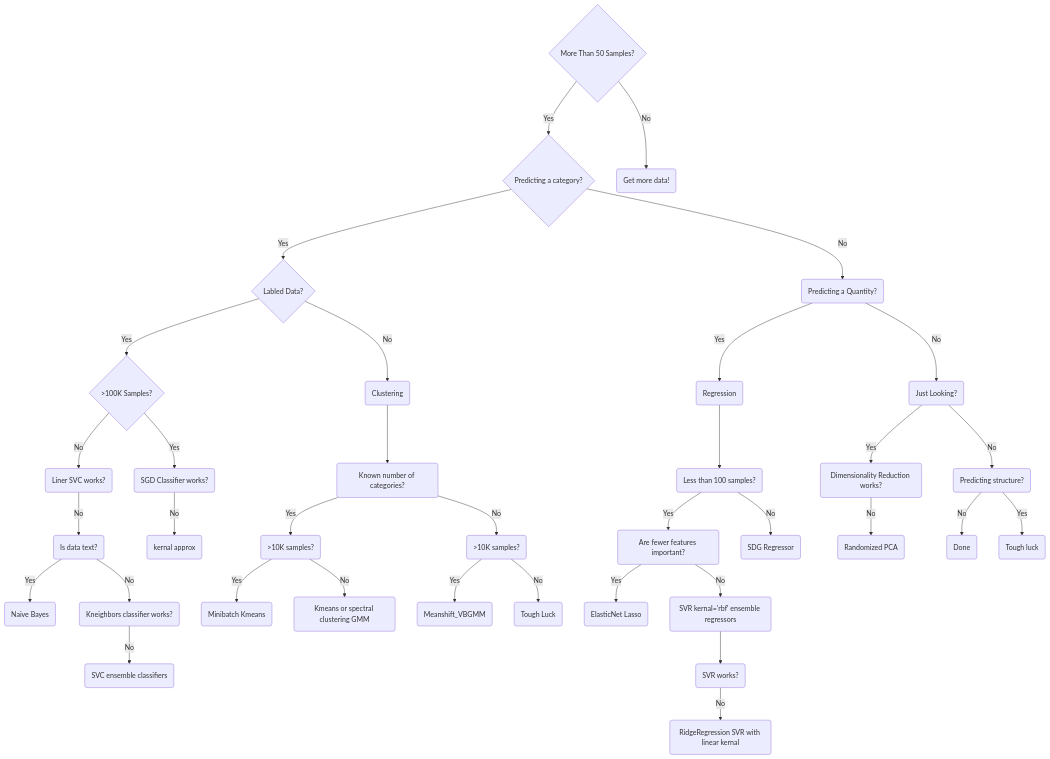
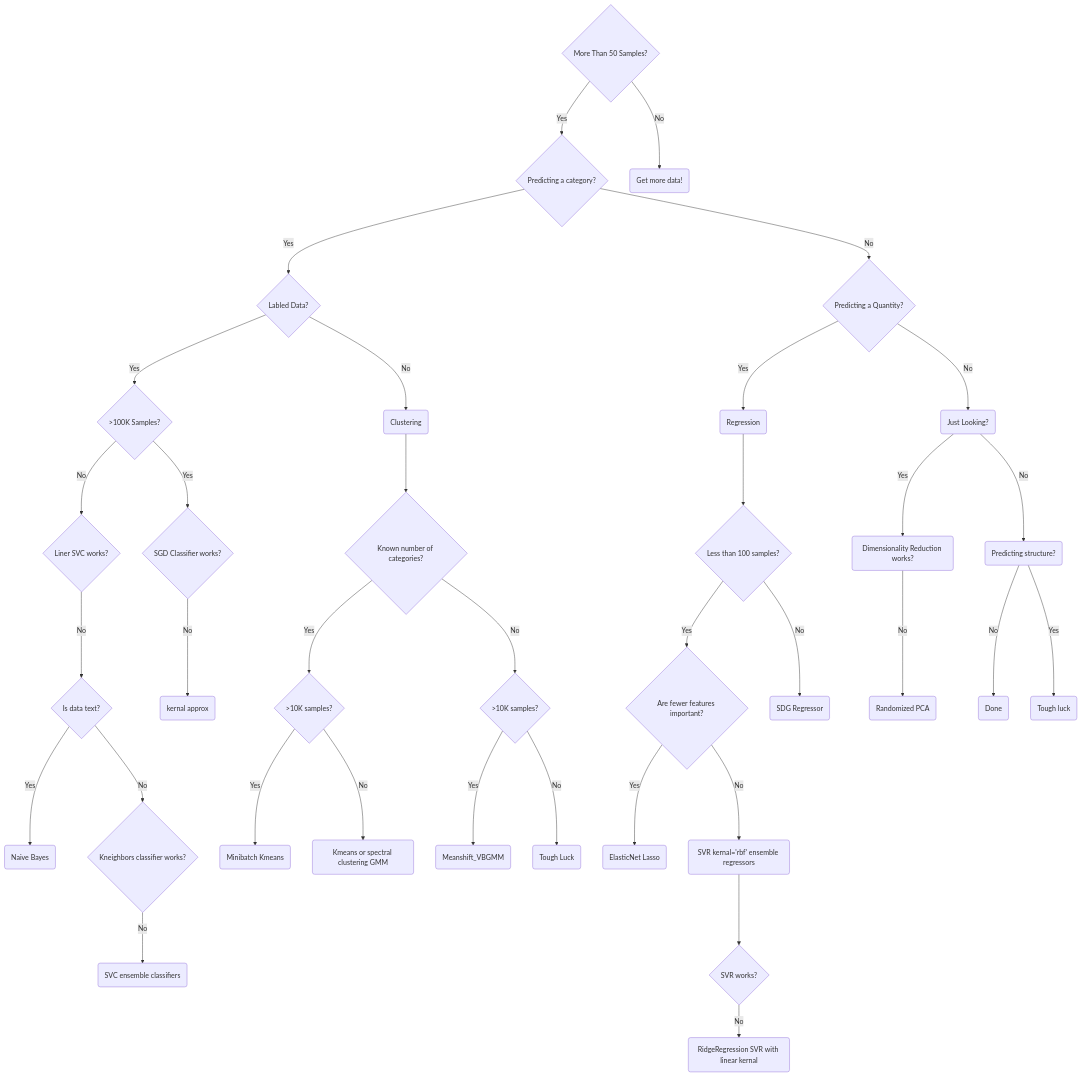
Before and after one commit to hwetsman/Public_Notes: the diagram in ML_Cheatsheet.md, drawn with Mermaid.

Commit message:
add more diamonds

````diff
--- a/ML_Cheatsheet.md
+++ b/ML_Cheatsheet.md
@@ -1,74 +1,74 @@
 ```mermaid
 flowchart TD
 id1{More Than 50 Samples?}
   id2{Predicting a category?}
     id1-->|Yes|id2
     id4{Labled Data?}
       id2-->|Yes|id4
       id6{>100K Samples?}
         id4-->|Yes|id6
         id14(Clustering)
-        id15(Known number of categories?)
-          id16(>10K samples?)
-          id17(>10K samples?)
+        id15{Known number of categories?}
+          id16{>10K samples?}
+          id17{>10K samples?}
           id15-->|Yes|id16
             id20(Meanshift_VBGMM)
             id98(Tough Luck)
             id17-->|Yes|id20
             id17-->|No|id98
           id15-->|No|id17
             id18(Minibatch Kmeans)
             id19(Kmeans or spectral clustering GMM)
             id16-->|Yes|id18
             id16-->|No|id19
         id14-->id15
         id4-->|No|id14
-        id7(Liner SVC works?)
+        id7{Liner SVC works?}
         id6-->|No|id7
-        id8(SGD Classifier works?)
+        id8{SGD Classifier works?}
           id13(kernal approx)
           id8-->|No|id13
         id6-->|Yes|id8
-          id9(Is data text?)
+          id9{Is data text?}
           id7-->|No|id9
             id10(Naive Bayes)
             id9-->|Yes|id10
-            id11(Kneighbors classifier works?)
+            id11{Kneighbors classifier works?}
             id9-->|No|id11
               id12(SVC ensemble classifiers)
               id11-->|No|id12
               id99(Done)
 
-    id5(Predicting a Quantity?)
+    id5{Predicting a Quantity?}
       id2-->|No|id5
       id30(Regression)
-        id32(Less than 100 samples?)
-          id33(Are fewer features important?)
+        id32{Less than 100 samples?}
+          id33{Are fewer features important?}
             id32-->|Yes|id33
             id34(ElasticNet Lasso)
               id33-->|Yes|id34
             id35(SVR kernal='rbf' ensemble regressors)
               id33-->|No|id35
-            id36(SVR works?)
+            id36{SVR works?}
               id35-->id36
             id37(RidgeRegression SVR with linear kernal)
               id36-->|No|id37
         id38(SDG Regressor)
           id32-->|No|id38
       id31(Just Looking?)
         id5-->|Yes|id30
         id30-->id32
         id5-->|No|id31
         id40(Dimensionality Reduction works?)
           id31-->|Yes|id40
         id41(Randomized PCA)
           id40-->|No|id41
         id42(Predicting structure?)
         id31-->|No|id42
           id42-->|No|id99
           id97(Tough luck)
           id42-->|Yes|id97
 
   id3(Get more data!)
     id1-->|No|id3
 ```
````
